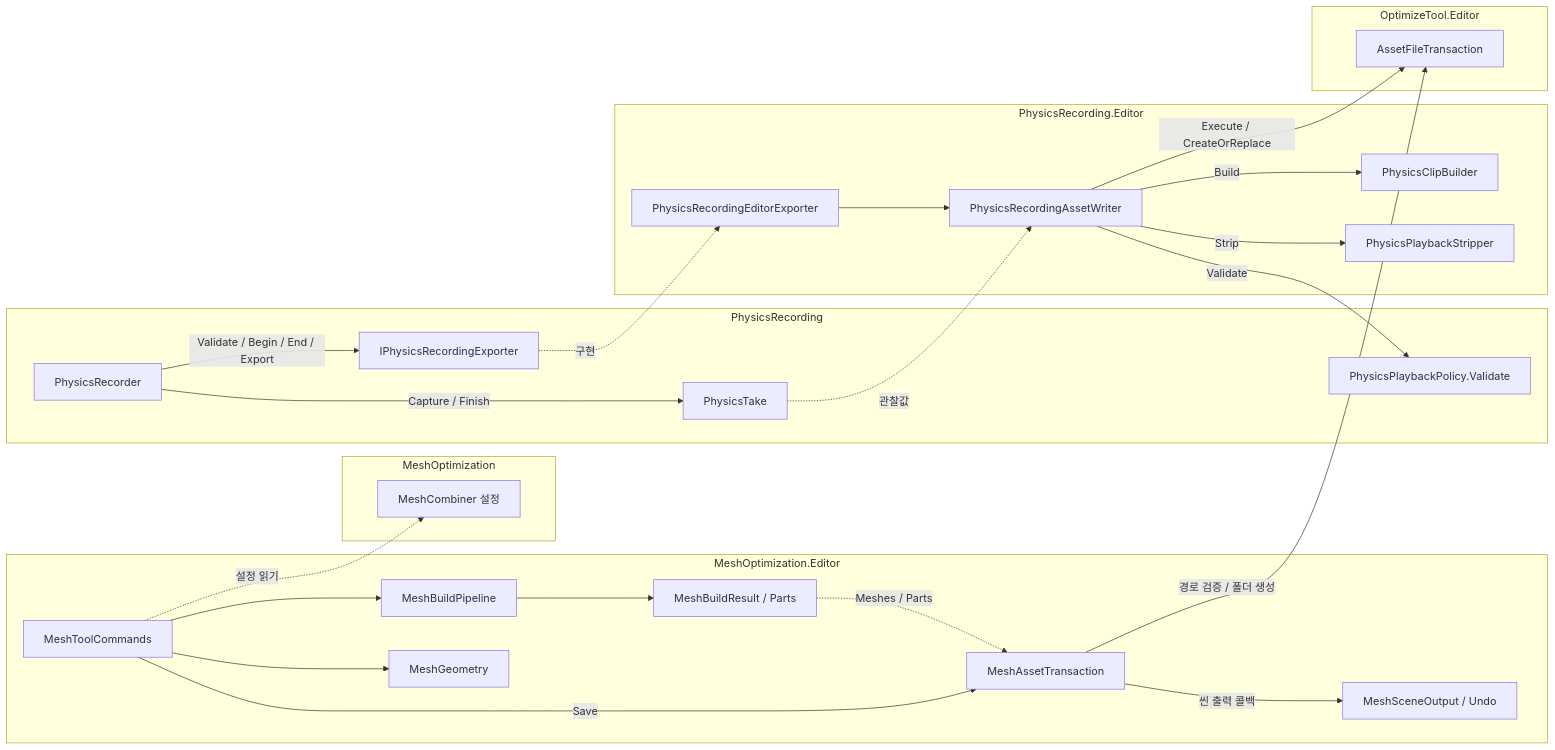
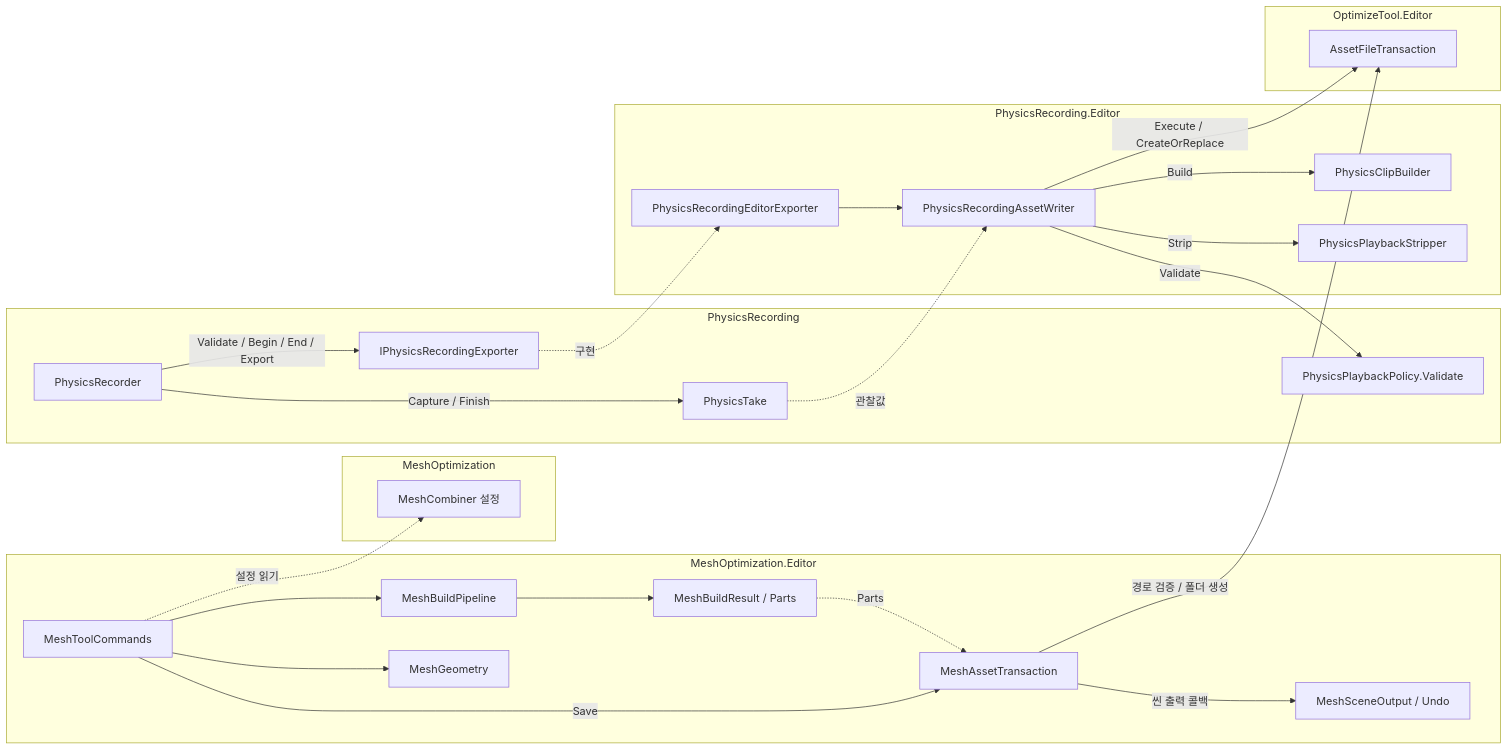
The diagram in ToyProject/Assets/_OptimizeTool/Docs/TechnicalNotes.md (youwonsock/tool-unity-editor), drawn with Mermaid before and after one commit. The commit also changed other lines of this file and 8 other files, not shown here.

````diff
--- a/ToyProject/Assets/_OptimizeTool/Docs/TechnicalNotes.md
+++ b/ToyProject/Assets/_OptimizeTool/Docs/TechnicalNotes.md
@@ -43,33 +43,33 @@
 ```mermaid
 flowchart LR
     subgraph Mesh[MeshOptimization]
         Combiner[MeshCombiner 설정]
     end
     subgraph MeshEditor[MeshOptimization.Editor]
         Commands[MeshToolCommands] --> Pipeline[MeshBuildPipeline]
         Pipeline --> Result[MeshBuildResult / Parts]
         Commands -->|Save| MeshSave[MeshAssetTransaction]
-        Result -. Meshes / Parts .-> MeshSave
+        Result -. Parts .-> MeshSave
         MeshSave -->|씬 출력 콜백| Scene[MeshSceneOutput / Undo]
         Commands --> Geometry[MeshGeometry]
     end
     subgraph Physics[PhysicsRecording]
         Recorder[PhysicsRecorder] -->|Capture / Finish| Take[PhysicsTake]
         Recorder -->|Validate / Begin / End / Export| Port[IPhysicsRecordingExporter]
         Policy[PhysicsPlaybackPolicy.Validate]
     end
     subgraph PhysicsEditor[PhysicsRecording.Editor]
         Exporter[PhysicsRecordingEditorExporter] --> Writer[PhysicsRecordingAssetWriter]
         Writer -->|Build| ClipBuilder[PhysicsClipBuilder]
         Writer -->|Strip| Stripper[PhysicsPlaybackStripper]
     end
     subgraph Shared[OptimizeTool.Editor]
         FileTx[AssetFileTransaction]
     end
     Commands -. 설정 읽기 .-> Combiner
     Port -. 구현 .-> Exporter
     Take -. 관찰값 .-> Writer
     Writer -->|Validate| Policy
     Writer -->|Execute / CreateOrReplace| FileTx
     MeshSave -->|경로 검증 / 폴더 생성| FileTx
 ```
````
